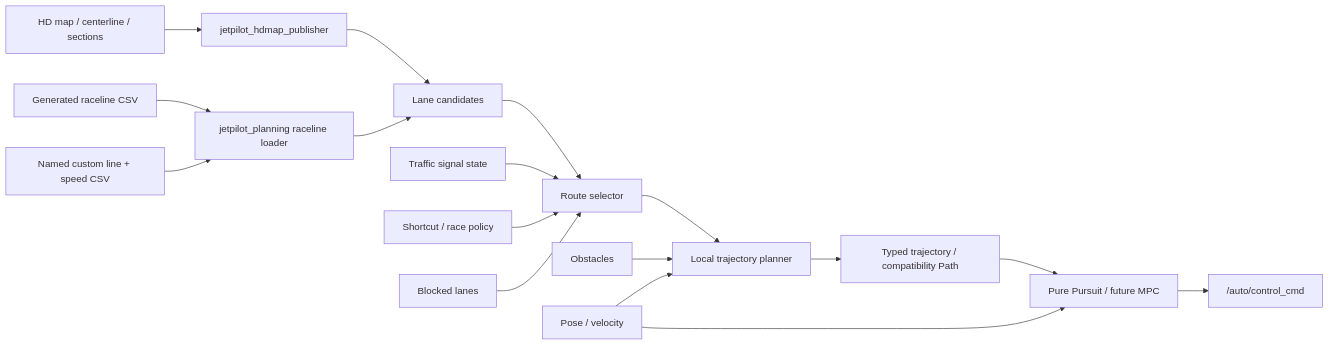
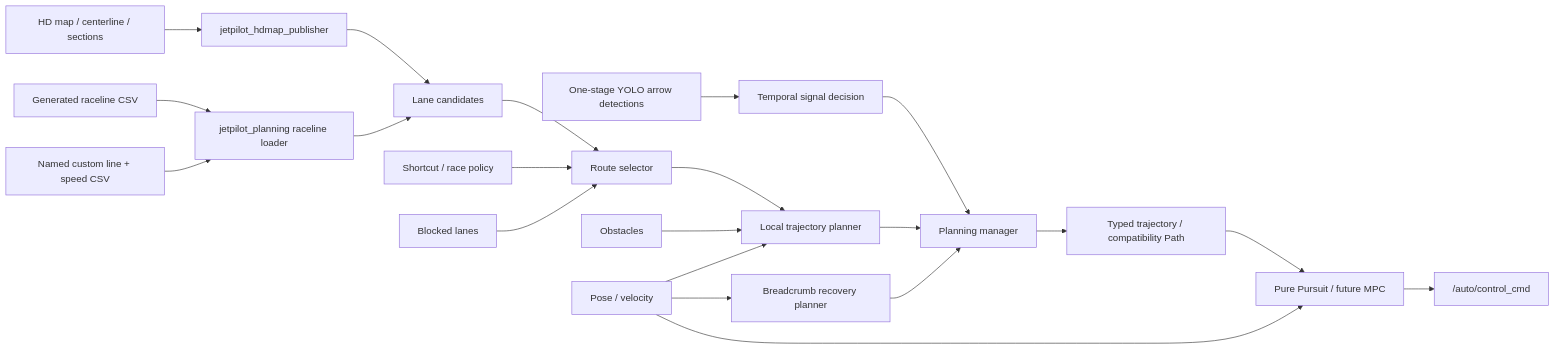
Before and after one commit to Arata-Stu/JetPilot: the diagram in docs/planning_control_architecture.md, drawn with Mermaid. The commit also changed other lines of this file and 66 other files, not shown here.

First line of the commit message:
Add jetpilot_planning_manager and jetpilot_recovery_planner packages

````diff
--- a/docs/planning_control_architecture.md
+++ b/docs/planning_control_architecture.md
@@ -32,19 +35,23 @@
 ```mermaid
 flowchart LR
   MAP["HD map / centerline / sections"] --> LOADER["jetpilot_hdmap_publisher"]
   RACE["Generated raceline CSV"] --> RACELOADER["jetpilot_planning raceline loader"]
   CUSTOM["Named custom line + speed CSV"] --> RACELOADER
   LOADER --> GRAPH["Lane candidates"]
   RACELOADER --> GRAPH
   GRAPH --> ROUTE["Route selector"]
-  SIGNAL["Traffic signal state"] --> ROUTE
+  YOLO["One-stage YOLO arrow detections"] --> SIGNAL["Temporal signal decision"]
+  SIGNAL --> MANAGER["Planning manager"]
   POLICY["Shortcut / race policy"] --> ROUTE
   BLOCKED["Blocked lanes"] --> ROUTE
   ROUTE --> LOCAL["Local trajectory planner"]
   OBJECTS["Obstacles"] --> LOCAL
   POSE["Pose / velocity"] --> LOCAL
-  LOCAL --> TRAJ["Typed trajectory / compatibility Path"]
+  LOCAL --> MANAGER
+  POSE --> RECOVERY["Breadcrumb recovery planner"]
+  RECOVERY --> MANAGER
+  MANAGER --> TRAJ["Typed trajectory / compatibility Path"]
   TRAJ --> CTRL["Pure Pursuit / future MPC"]
   POSE --> CTRL
   CTRL --> CMD["/auto/control_cmd"]
 ```
````
